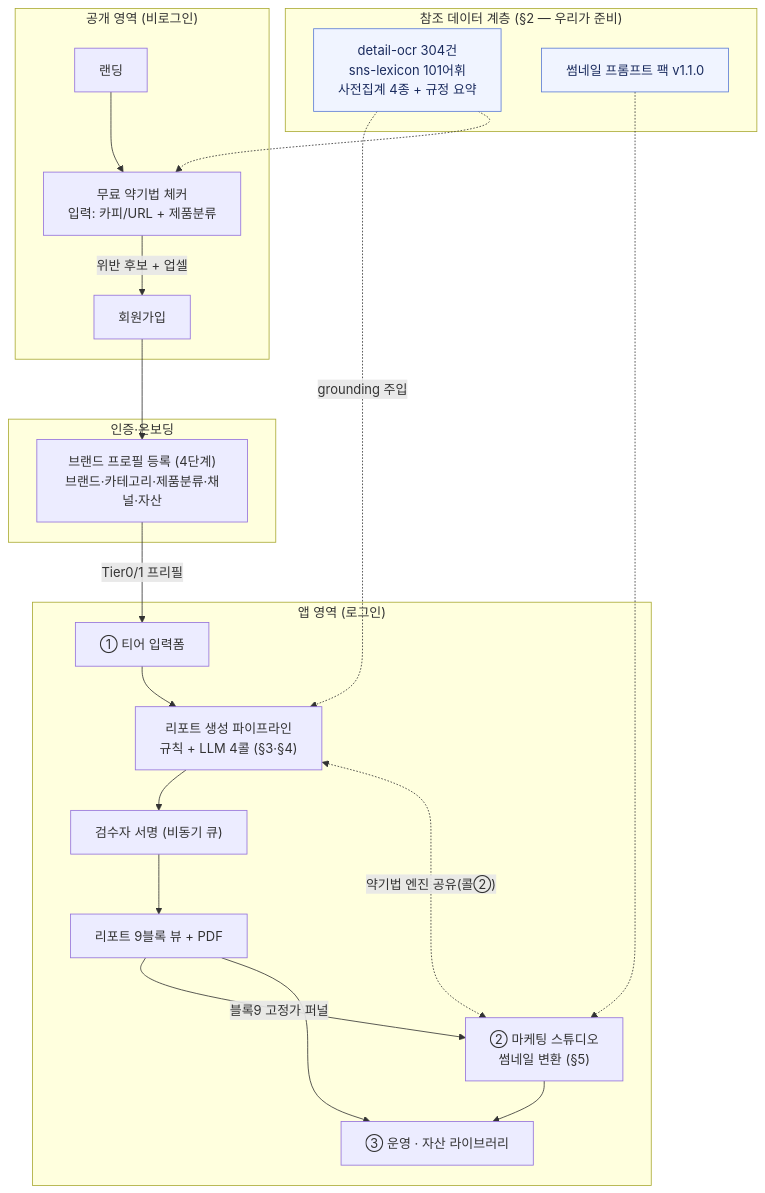
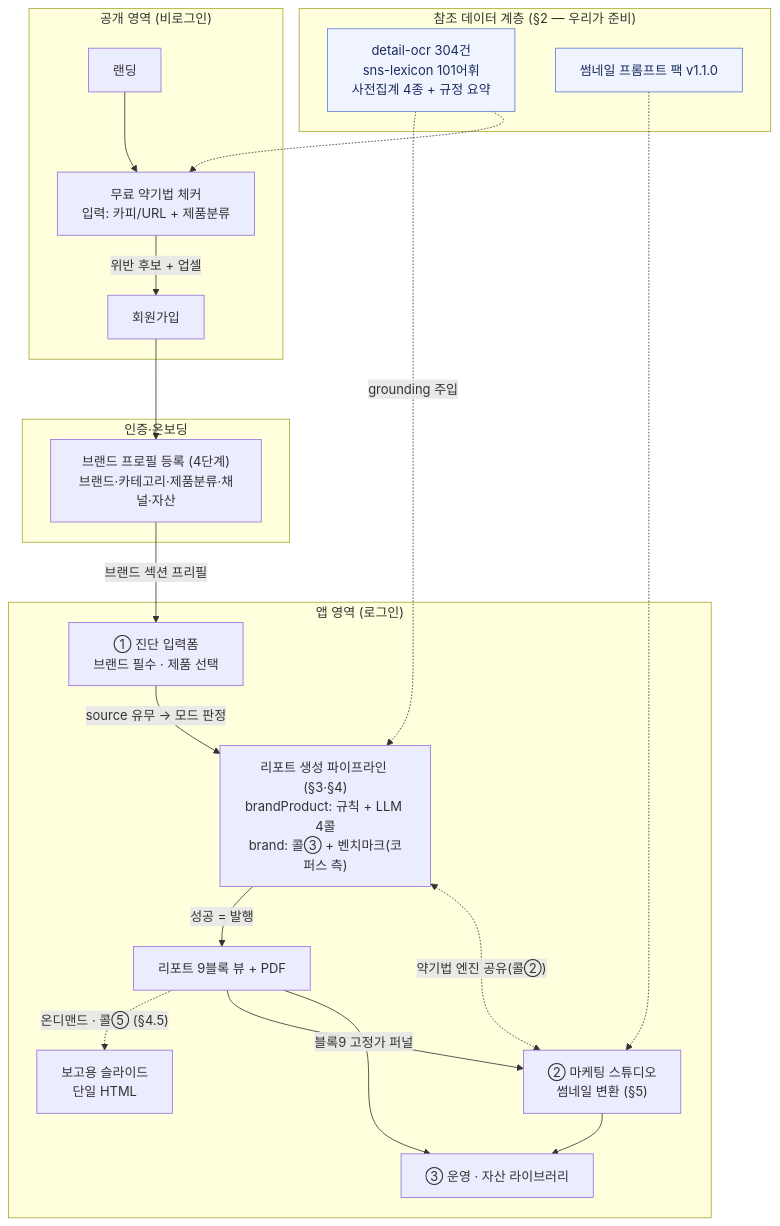
One commit to duwjd/Branch-out-to-Japan changed the first of 7 diagrams in docs/08-data-flow.md. Above: the diagram before and after it, drawn with Mermaid. The commit also changed other lines of this file and 47 other files, not shown here.

First line of the commit message:
feat: ① 진단 리포트 개편 — 검수 제거·보고용 슬라이드·브랜드 우선 입력(v4)·와이어프레임 시각화

````diff
--- a/docs/08-data-flow.md
+++ b/docs/08-data-flow.md
@@ -28,34 +27,34 @@
 ```mermaid
 flowchart TD
     subgraph PUB["공개 영역 (비로그인)"]
         LAND["랜딩"] --> CHK["무료 약기법 체커<br/>입력: 카피/URL + 제품분류"]
         CHK -->|"위반 후보 + 업셀"| SIGN["회원가입"]
     end
 
     subgraph ONB["인증·온보딩"]
         SIGN --> BP["브랜드 프로필 등록 (4단계)<br/>브랜드·카테고리·제품분류·채널·자산"]
     end
 
     subgraph APP["앱 영역 (로그인)"]
-        BP -->|"Tier0/1 프리필"| FORM["① 티어 입력폼"]
-        FORM --> PIPE["리포트 생성 파이프라인<br/>규칙 + LLM 4콜 (§3·§4)"]
-        PIPE --> RV["검수자 서명 (비동기 큐)"]
-        RV --> RPT["리포트 9블록 뷰 + PDF"]
+        BP -->|"브랜드 섹션 프리필"| FORM["① 진단 입력폼<br/>브랜드 필수 · 제품 선택"]
+        FORM -->|"source 유무 → 모드 판정"| PIPE["리포트 생성 파이프라인 (§3·§4)<br/>brandProduct: 규칙 + LLM 4콜<br/>brand: 콜③ + 벤치마크(코퍼스 측)"]
+        PIPE -->|"성공 = 발행"| RPT["리포트 9블록 뷰 + PDF"]
+        RPT -.->|"온디맨드 · 콜⑤ (§4.5)"| SLD["보고용 슬라이드<br/>단일 HTML"]
         RPT -->|"블록9 고정가 퍼널"| ST["② 마케팅 스튜디오<br/>썸네일 변환 (§5)"]
         ST --> LIB["③ 운영 · 자산 라이브러리"]
         RPT --> LIB
     end
 
     subgraph REF["참조 데이터 계층 (§2 — 우리가 준비)"]
         CORPUS["detail-ocr 304건<br/>sns-lexicon 101어휘<br/>사전집계 4종 + 규정 요약"]
         PACK["썸네일 프롬프트 팩 v1.1.0"]
     end
 
     CORPUS -.->|"grounding 주입"| PIPE
     CORPUS -.-> CHK
     PACK -.-> ST
     PIPE <-.->|"약기법 엔진 공유(콜②)"| ST
 
     classDef ref fill:#f0f4ff,stroke:#5b7bd5,color:#1a2b5e;
     class CORPUS,PACK ref;
 ```
````
